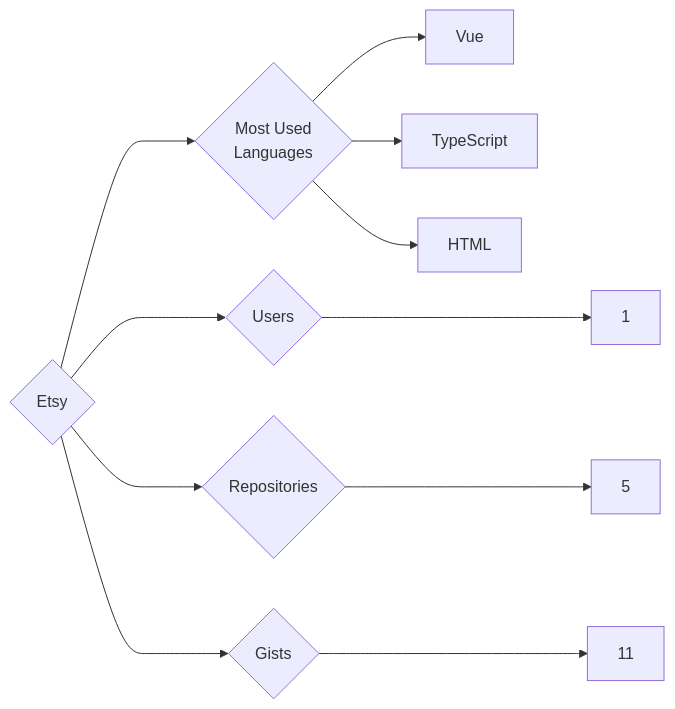
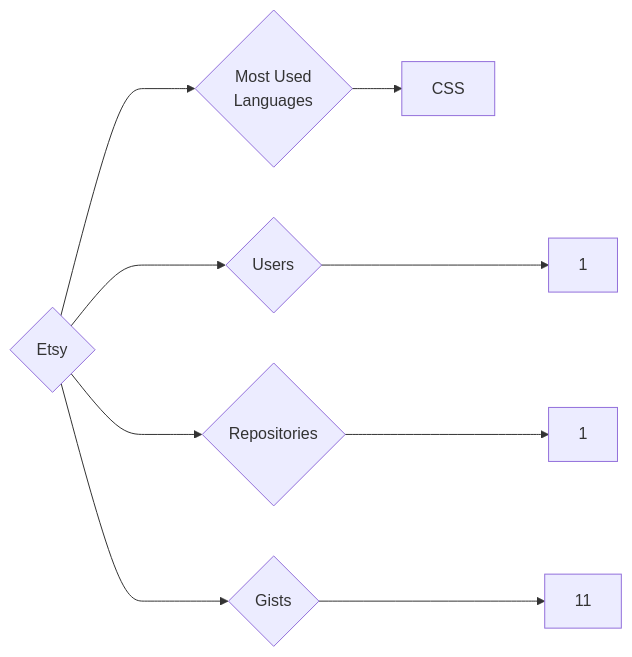
Before and after one commit to trickest/insiders: the diagram in targets/Etsy/README.md, drawn with Mermaid. The commit also changed 938 other files, not shown here.

````diff
--- a/targets/Etsy/README.md
+++ b/targets/Etsy/README.md
@@ -3,11 +3,9 @@
 ```mermaid
 graph LR
 COMPANY_NAME{Etsy}
 COMPANY_NAME ---> U{Users} ---> UN[1]
-COMPANY_NAME ---> R{Repositories} ---> RN[5]
+COMPANY_NAME ---> R{Repositories} ---> RN[1]
 COMPANY_NAME ---> G{Gists} ---> GN[11]
 COMPANY_NAME ---> ML{Most Used<br>Languages}
-ML --> Vue[Vue]
-ML --> TypeScript[TypeScript]
-ML --> HTML[HTML]
+ML --> CSS[CSS]
 ```
````
